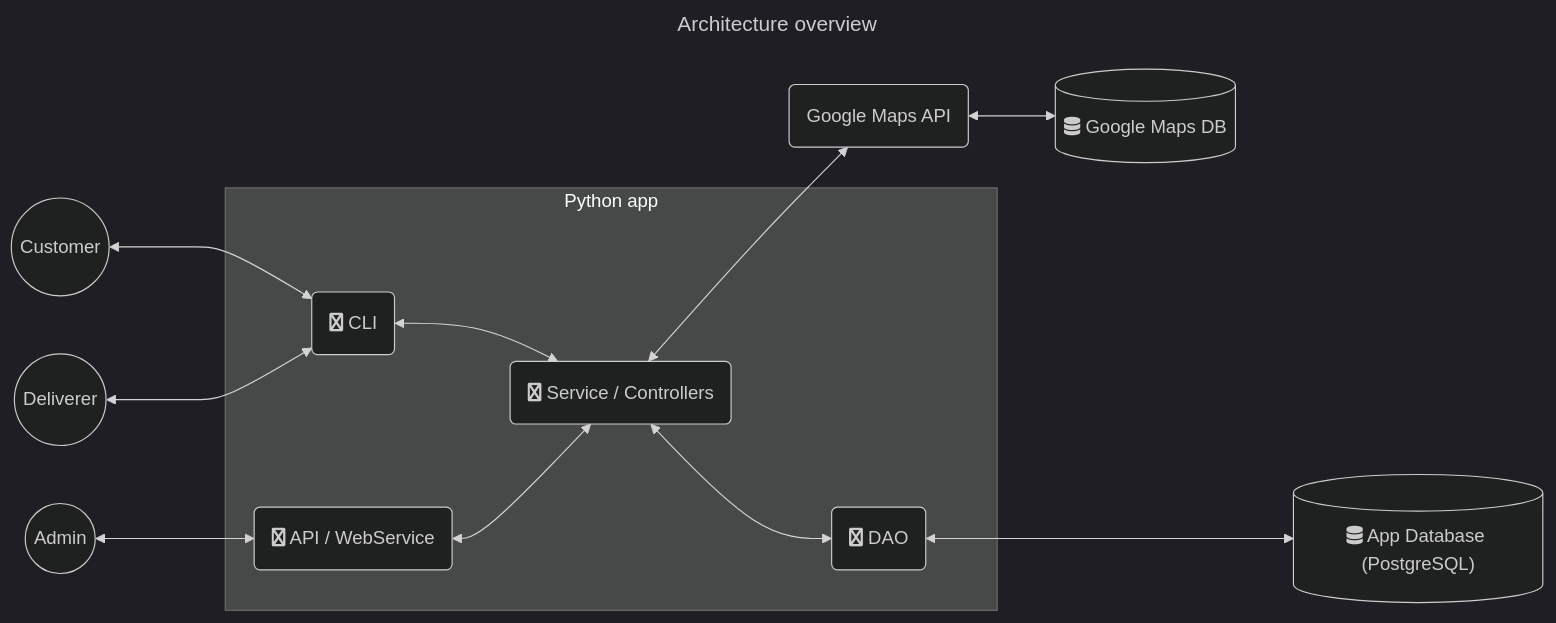
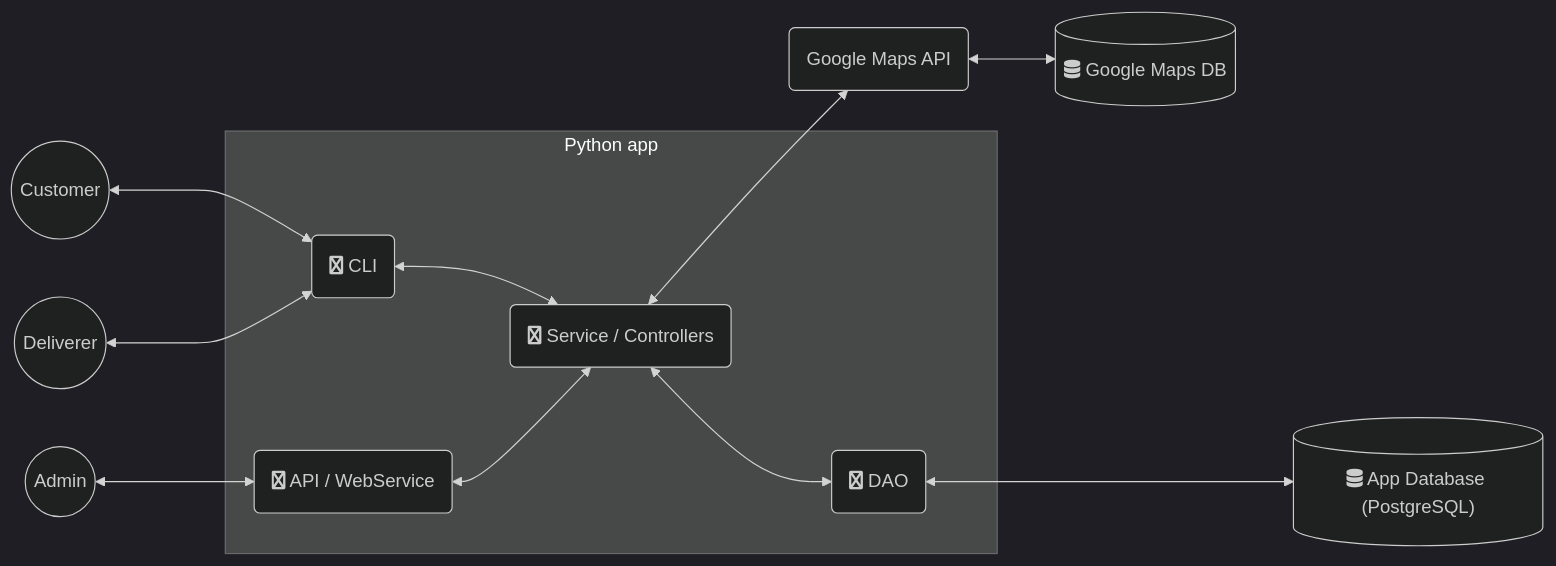
The diagram in Architecture.md (anaisdrnc/Projet_Info_2A), drawn with Mermaid (dark theme) before and after one commit.

````diff
--- a/Architecture.md
+++ b/Architecture.md
@@ -1,30 +1,26 @@
-``` mermaid
----
-title: Architecture overview
----
+```mermaid
 graph LR
     USR1((Customer))
     USR2((Deliverer))
     USR3((Admin))
     DB[("fa:fa-database App Database (PostgreSQL)" )]
     CLI(fa:fa-python CLI)
     API(fa:fa-python API / WebService)
     DAO(fa:fa-python DAO)
     SVC(fa:fa-python Service / Controllers )
     MDB[(fa:fa-database Google Maps DB)]
     MDBAPI(Google Maps API)
 
     USR1<--->CLI
     USR2<--->CLI
-        subgraph Python app 
-            CLI<-->SVC
-            API<-->SVC
-            SVC<-->DAO
-        end
+    subgraph Python app 
+        CLI<-->SVC
+        API<-->SVC
+        SVC<-->DAO
+    end
     USR3<--->API
 
     DAO<--->DB
     MDBAPI <--> MDB
     SVC <--> MDBAPI
-
 ```
````
